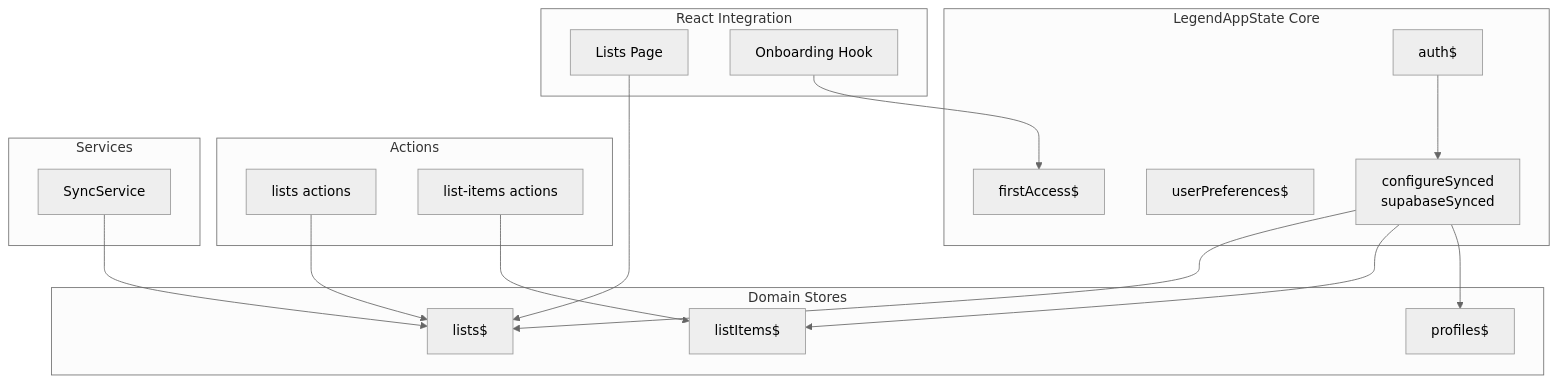
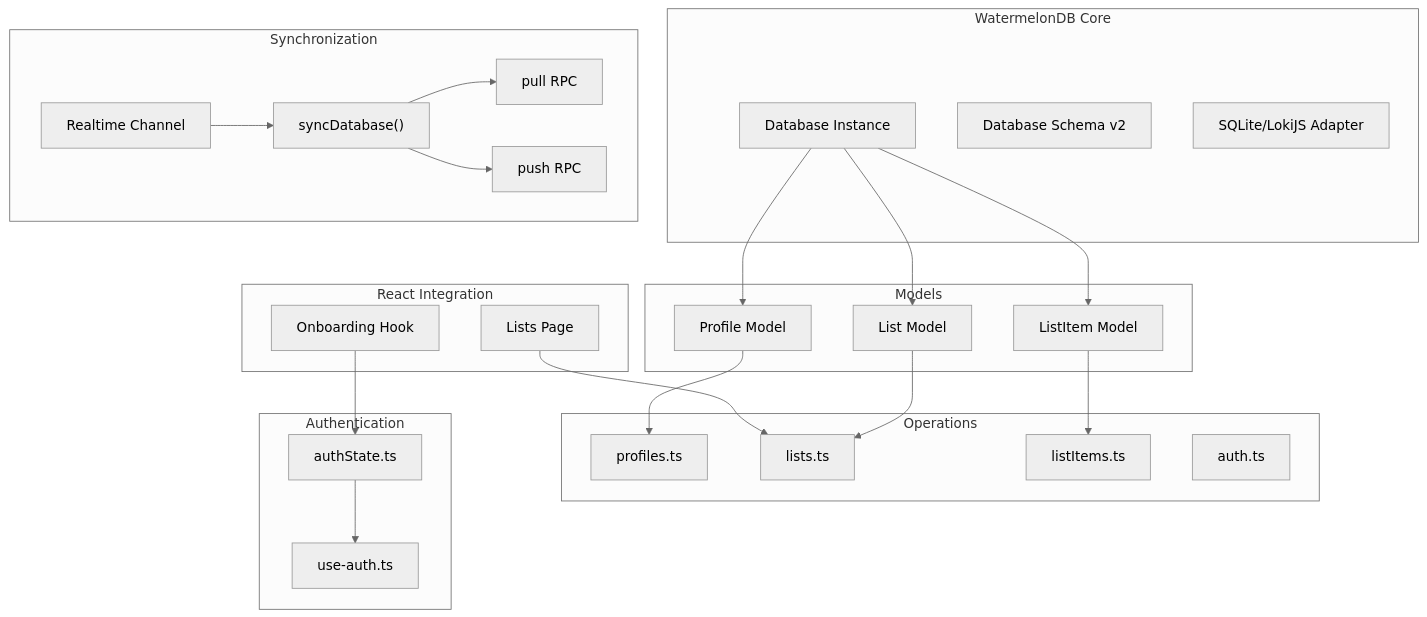
The first of 11 diagrams in .qoder/repowiki/en/content/State Management Architecture/State Management Architecture.md (karllasouzza/PowerLists), drawn with Mermaid (neutral theme) before and after one commit. The commit also changed other lines of this file and 5 other files, not shown here.

````diff
--- a/.qoder/repowiki/en/content/State Management Architecture/State Management Architecture.md
+++ b/.qoder/repowiki/en/content/State Management Architecture/State Management Architecture.md
@@ -45,34 +57,45 @@
 ```mermaid
 graph TB
-subgraph "LegendAppState Core"
-DB["configureSynced<br/>supabaseSynced"]
-AUTH["auth$"]
-PREF["userPreferences$"]
-FA["firstAccess$"]
+subgraph "WatermelonDB Core"
+DB["Database Instance"]
+SCHEMA["Database Schema v2"]
+ADAPTER["SQLite/LokiJS Adapter"]
 end
-subgraph "Domain Stores"
-LISTS["lists$"]
-ITEMS["listItems$"]
-PROFILES["profiles$"]
+subgraph "Models"
+PROFILE["Profile Model"]
+LIST["List Model"]
+ITEM["ListItem Model"]
 end
-subgraph "Actions"
-LACT["lists actions"]
-IACT["list-items actions"]
+subgraph "Operations"
+PROFOPS["profiles.ts"]
+LISTOPS["lists.ts"]
+ITEMOPS["listItems.ts"]
+AUTHOPS["auth.ts"]
 end
-subgraph "Services"
-SYNC["SyncService"]
+subgraph "Synchronization"
+SYNC["syncDatabase()"]
+PULL["pull RPC"]
+PUSH["push RPC"]
+REALTIME["Realtime Channel"]
+end
+subgraph "Authentication"
+AUTHSTATE["authState.ts"]
+USEAUTH["use-auth.ts"]
 end
 subgraph "React Integration"
 PAGE["Lists Page"]
 ONBOARD["Onboarding Hook"]
 end
-DB --> LISTS
-DB --> ITEMS
-DB --> PROFILES
-AUTH --> DB
-LACT --> LISTS
-IACT --> ITEMS
-SYNC --> LISTS
-PAGE --> LISTS
-ONBOARD --> FA
+DB --> PROFILE
+DB --> LIST
+DB --> ITEM
+PROFILE --> PROFOPS
+LIST --> LISTOPS
+ITEM --> ITEMOPS
+SYNC --> PULL
+SYNC --> PUSH
+REALTIME --> SYNC
+AUTHSTATE --> USEAUTH
+PAGE --> LISTOPS
+ONBOARD --> AUTHSTATE
 ```
````
